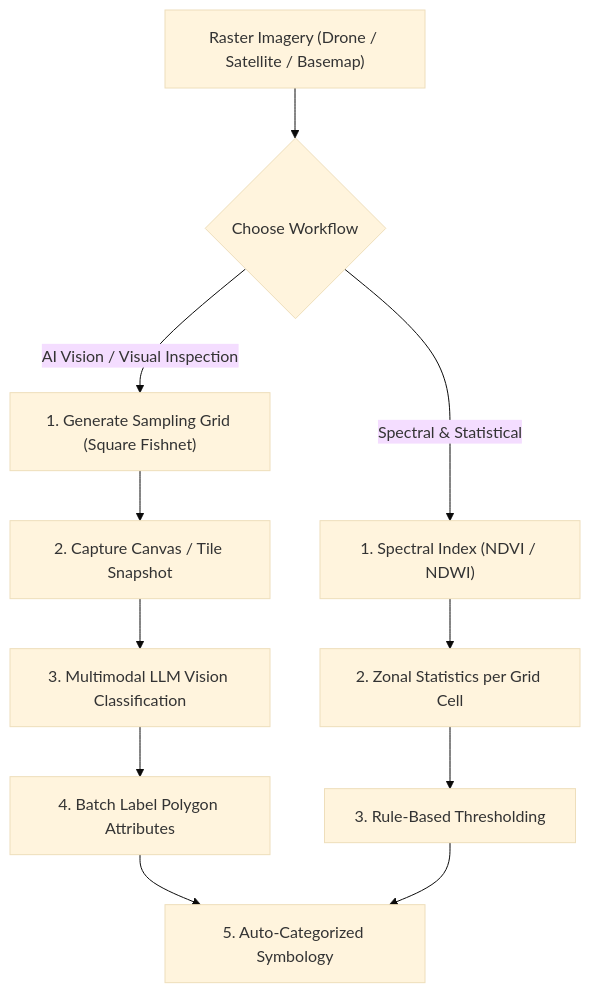
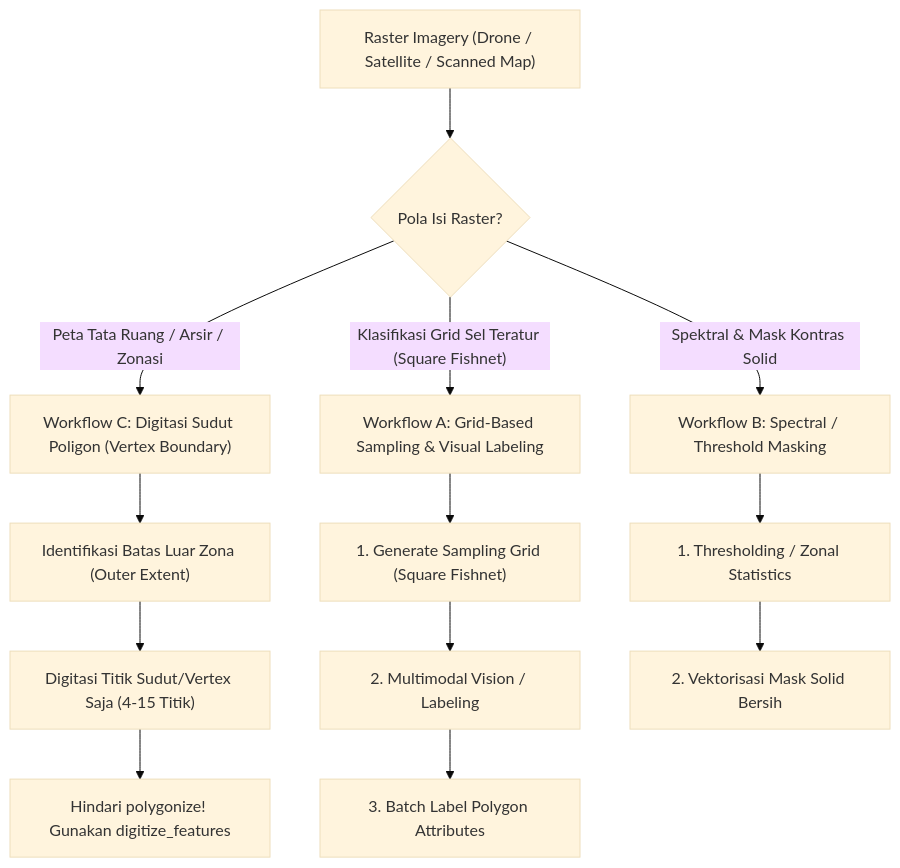
One commit to randyaswin/qgis-ai-agent changed the diagram in qgis_ai_agent/skills/custom/raster-interpretation-and-grid-labeling/SKILL.md. Above: the diagram before and after it, drawn with Mermaid (base theme). The commit also changed other lines of this file and 2 other files, not shown here.

Commit message:
docs(skills): fix georeferencing coordinate grid anchoring and prevent textured raster-to-vector anti-pattern

````diff
--- a/qgis_ai_agent/skills/custom/raster-interpretation-and-grid-labeling/SKILL.md
+++ b/qgis_ai_agent/skills/custom/raster-interpretation-and-grid-labeling/SKILL.md
@@ -34,15 +34,18 @@
 ```mermaid
 flowchart TD
-    A["Raster Imagery (Drone / Satellite / Basemap)"] --> B{"Choose Workflow"}
+    A["Raster Imagery (Drone / Satellite / Scanned Map)"] --> B{"Pola Isi Raster?"}
     
-    B -->|"AI Vision / Visual Inspection"| C["1. Generate Sampling Grid (Square Fishnet)"]
-    C --> D["2. Capture Canvas / Tile Snapshot"]
-    D --> E["3. Multimodal LLM Vision Classification"]
-    E --> F["4. Batch Label Polygon Attributes"]
-    F --> G["5. Auto-Categorized Symbology"]
+    B -->|"Peta Tata Ruang / Arsir / Zonasi"| C["Workflow C: Digitasi Sudut Poligon (Vertex Boundary)"]
+    C --> C1["Identifikasi Batas Luar Zona (Outer Extent)"]
+    C1 --> C2["Digitasi Titik Sudut/Vertex Saja (4-15 Titik)"]
+    C2 --> C3["Hindari polygonize! Gunakan digitize_features"]
     
-    B -->|"Spectral & Statistical"| H["1. Spectral Index (NDVI / NDWI)"]
-    H --> I["2. Zonal Statistics per Grid Cell"]
-    I --> J["3. Rule-Based Thresholding"]
-    J --> G
+    B -->|"Klasifikasi Grid Sel Teratur (Square Fishnet)"| D["Workflow A: Grid-Based Sampling & Visual Labeling"]
+    D --> D1["1. Generate Sampling Grid (Square Fishnet)"]
+    D1 --> D2["2. Multimodal Vision / Labeling"]
+    D2 --> D3["3. Batch Label Polygon Attributes"]
+    
+    B -->|"Spektral & Mask Kontras Solid"| E["Workflow B: Spectral / Threshold Masking"]
+    E --> E1["1. Thresholding / Zonal Statistics"]
+    E1 --> E2["2. Vektorisasi Mask Solid Bersih"]
 ```
````
